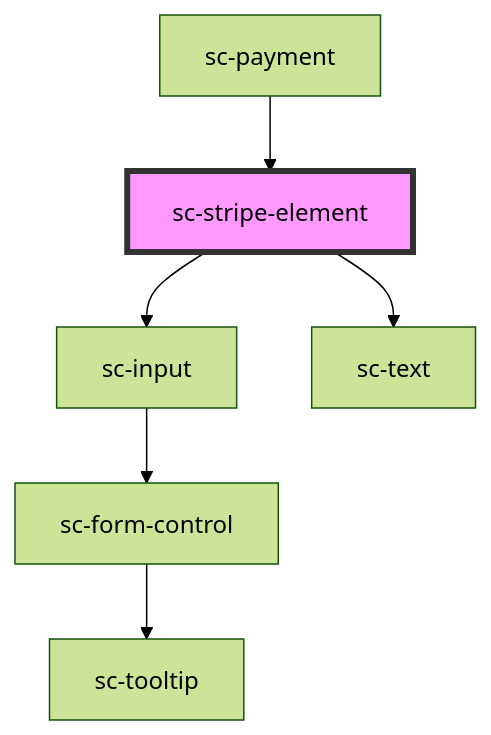
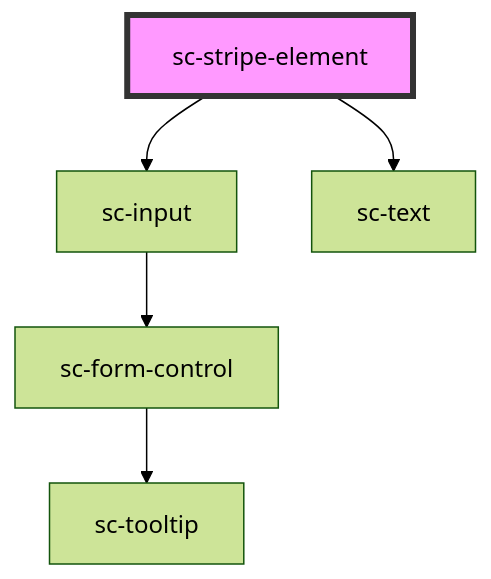
Before and after one commit to surecart/surecart-wp-plugin: the diagram in packages/components/src/components/ui/stripe-element/readme.md, drawn with Mermaid (forest theme). The commit also changed other lines of this file and 33 other files, not shown here.

Commit message:
Refactoring orders for stripe payment element.

````diff
--- a/packages/components/src/components/ui/stripe-element/readme.md
+++ b/packages/components/src/components/ui/stripe-element/readme.md
@@ -67,9 +63,8 @@
 ```mermaid
 graph TD;
   sc-stripe-element --> sc-input
   sc-stripe-element --> sc-text
   sc-input --> sc-form-control
   sc-form-control --> sc-tooltip
-  sc-payment --> sc-stripe-element
   style sc-stripe-element fill:#f9f,stroke:#333,stroke-width:4px
 ```
````
